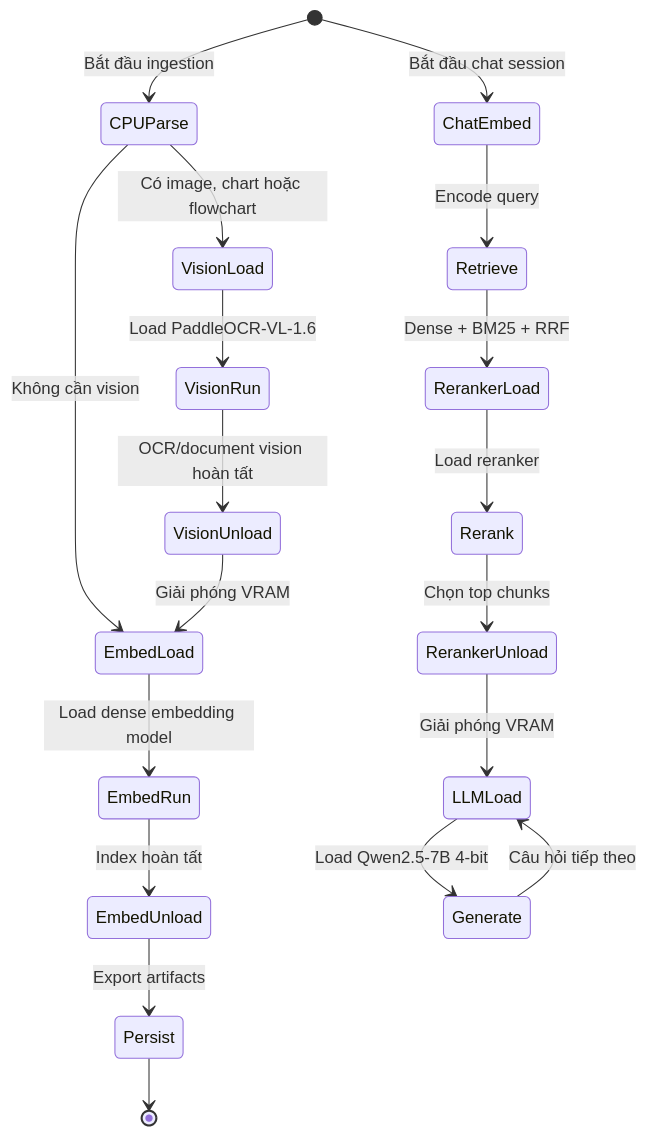
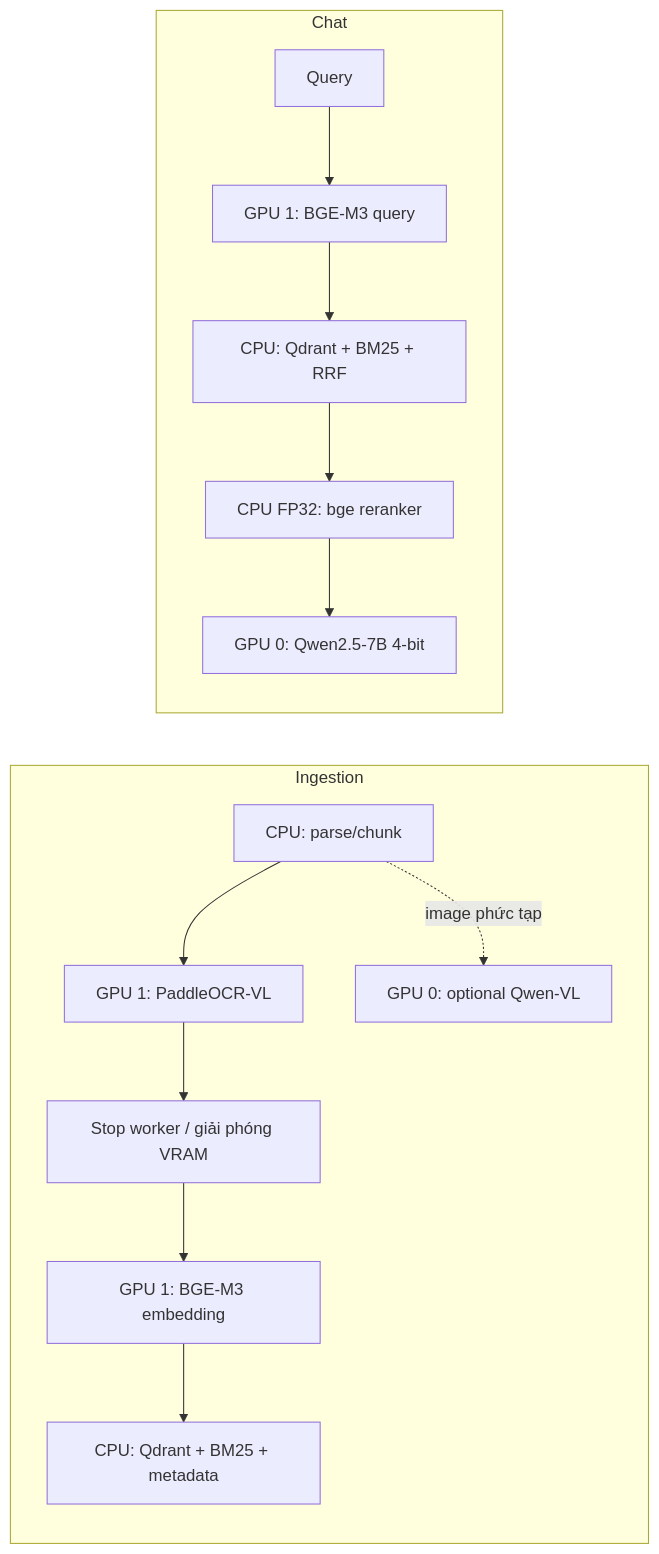
One commit to NhoDung/RAG-basic changed the seventh of 7 diagrams in Architecture.md. Above: the diagram before and after it, drawn with Mermaid. The commit also changed other lines of this file and 9 other files, not shown here.

````diff
--- a/Architecture.md
+++ b/Architecture.md
@@ -400,22 +405,17 @@
 ```mermaid
-stateDiagram-v2
-    [*] --> CPUParse: Bắt đầu ingestion
-    CPUParse --> VisionLoad: Có image, chart hoặc flowchart
-    CPUParse --> EmbedLoad: Không cần vision
-    VisionLoad --> VisionRun: Load PaddleOCR-VL-1.6
-    VisionRun --> VisionUnload: OCR/document vision hoàn tất
-    VisionUnload --> EmbedLoad: Giải phóng VRAM
-    EmbedLoad --> EmbedRun: Load dense embedding model
-    EmbedRun --> EmbedUnload: Index hoàn tất
-    EmbedUnload --> Persist: Export artifacts
-    Persist --> [*]
+flowchart LR
+    subgraph ING[Ingestion]
+        Parse[CPU: parse/chunk] --> OCR[GPU 1: PaddleOCR-VL]
+        OCR --> StopOCR[Stop worker / giải phóng VRAM]
+        StopOCR --> Embed[GPU 1: BGE-M3 embedding]
+        Embed --> Persist[CPU: Qdrant + BM25 + metadata]
+        Parse -. image phức tạp .-> VLM[GPU 0: optional Qwen-VL]
+    end
 
-    [*] --> ChatEmbed: Bắt đầu chat session
-    ChatEmbed --> Retrieve: Encode query
-    Retrieve --> RerankerLoad: Dense + BM25 + RRF
-    RerankerLoad --> Rerank: Load reranker
-    Rerank --> RerankerUnload: Chọn top chunks
-    RerankerUnload --> LLMLoad: Giải phóng VRAM
-    LLMLoad --> Generate: Load Qwen2.5-7B 4-bit
-    Generate --> LLMLoad: Câu hỏi tiếp theo
+    subgraph CHAT[Chat]
+        Query[Query] --> QueryEmbed[GPU 1: BGE-M3 query]
+        QueryEmbed --> Search[CPU: Qdrant + BM25 + RRF]
+        Search --> Rerank[CPU FP32: bge reranker]
+        Rerank --> Generate[GPU 0: Qwen2.5-7B 4-bit]
+    end
 ```
````
